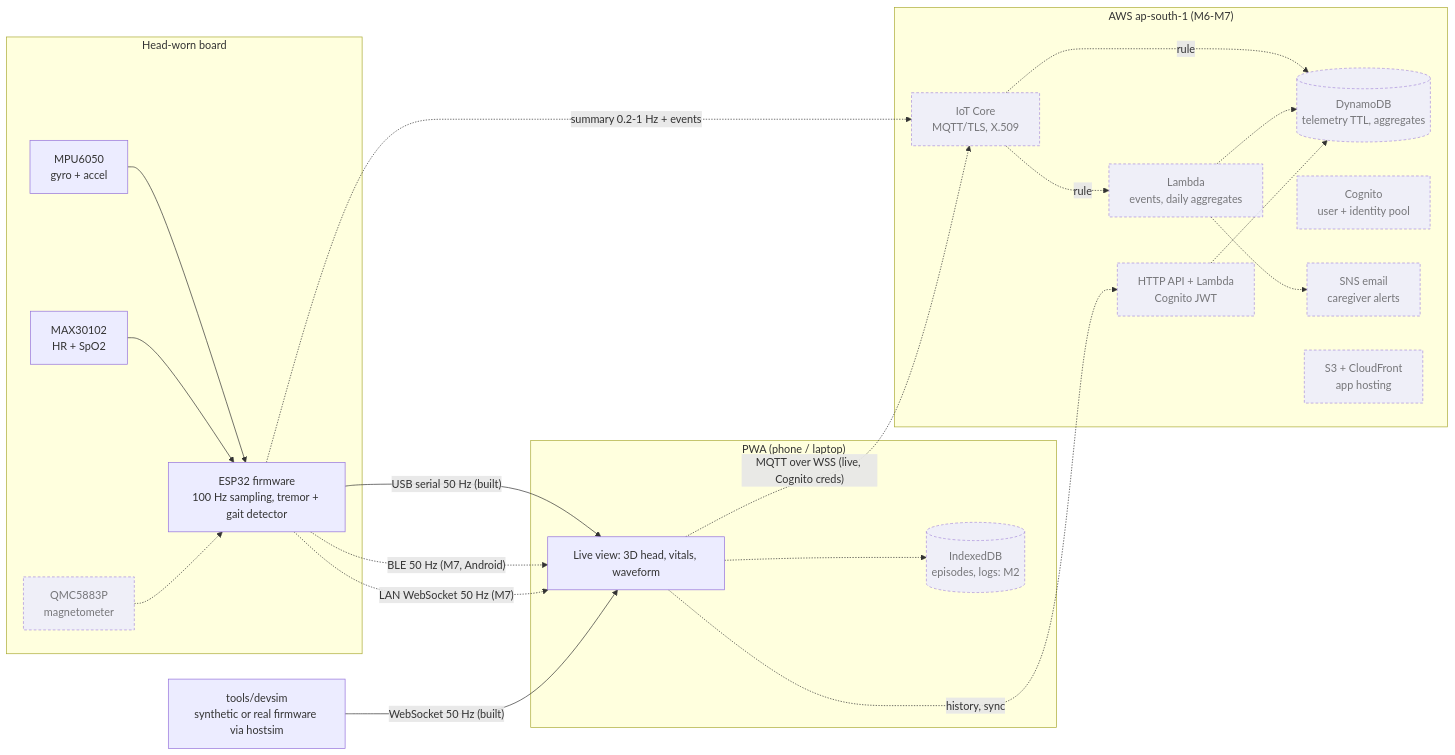
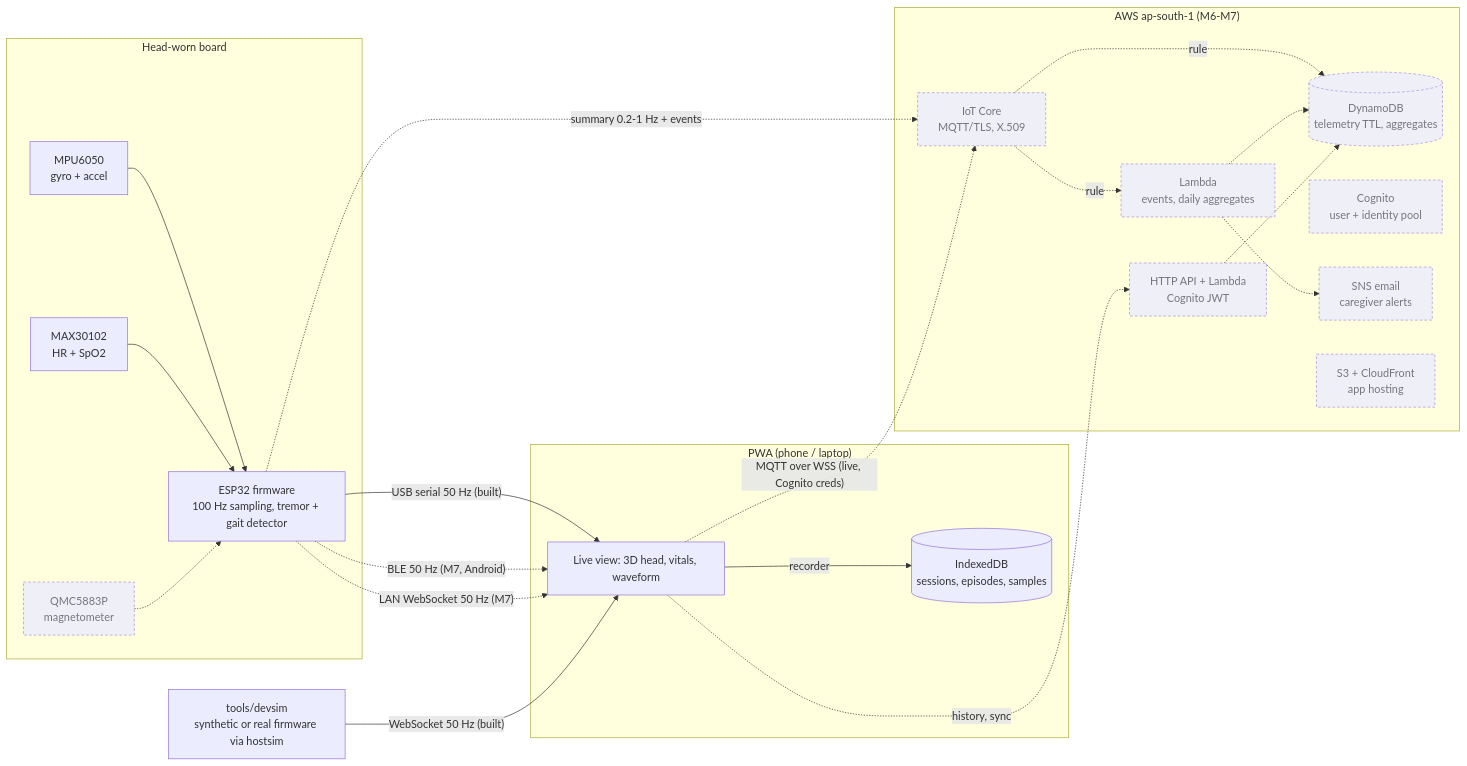
Before and after one commit to ar3misByte/tremtrack: the diagram in docs/ARCHITECTURE.md, drawn with Mermaid. The commit also changed other lines of this file and 73 other files, not shown here.

````diff
--- a/docs/ARCHITECTURE.md
+++ b/docs/ARCHITECTURE.md
@@ -5,40 +5,40 @@
 ```mermaid
 flowchart LR
   subgraph Head["Head-worn board"]
     MPU[MPU6050<br/>gyro + accel] --> FW
     PPG[MAX30102<br/>HR + SpO2] --> FW
     MAG[QMC5883P<br/>magnetometer]:::planned -.-> FW
     FW[ESP32 firmware<br/>100 Hz sampling, tremor + gait detector]
   end
 
   FW -- "USB serial 50 Hz (built)" --> APP
   FW -. "BLE 50 Hz (M7, Android)" .-> APP
   FW -. "LAN WebSocket 50 Hz (M7)" .-> APP
   SIM[tools/devsim<br/>synthetic or real firmware via hostsim] -- "WebSocket 50 Hz (built)" --> APP
 
   subgraph Browser["PWA (phone / laptop)"]
     APP[Live view: 3D head, vitals, waveform]
-    IDB[(IndexedDB<br/>episodes, logs: M2)]:::planned
-    APP -.-> IDB
+    IDB[(IndexedDB<br/>sessions, episodes, samples)]
+    APP -- recorder --> IDB
   end
 
   subgraph AWS["AWS ap-south-1 (M6-M7)"]
     IOT[IoT Core<br/>MQTT/TLS, X.509]:::planned
     DDB[(DynamoDB<br/>telemetry TTL, aggregates)]:::planned
     L1[Lambda<br/>events, daily aggregates]:::planned
     API[HTTP API + Lambda<br/>Cognito JWT]:::planned
     COG[Cognito<br/>user + identity pool]:::planned
     SNS[SNS email<br/>caregiver alerts]:::planned
     S3[S3 + CloudFront<br/>app hosting]:::planned
   end
 
   FW -. "summary 0.2-1 Hz + events" .-> IOT
   IOT -. rule .-> DDB
   IOT -. rule .-> L1
   L1 -.-> DDB
   L1 -.-> SNS
   APP -. "MQTT over WSS (live, Cognito creds)" .-> IOT
   APP -. "history, sync" .-> API
   API -.-> DDB
   classDef planned stroke-dasharray: 4 3,opacity:0.8
 ```
````
